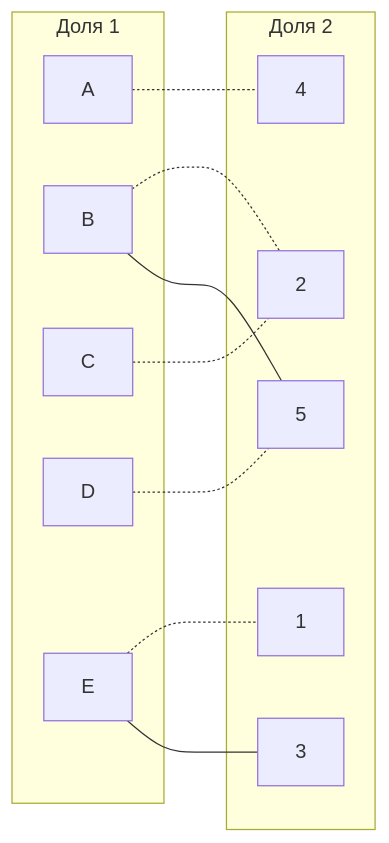
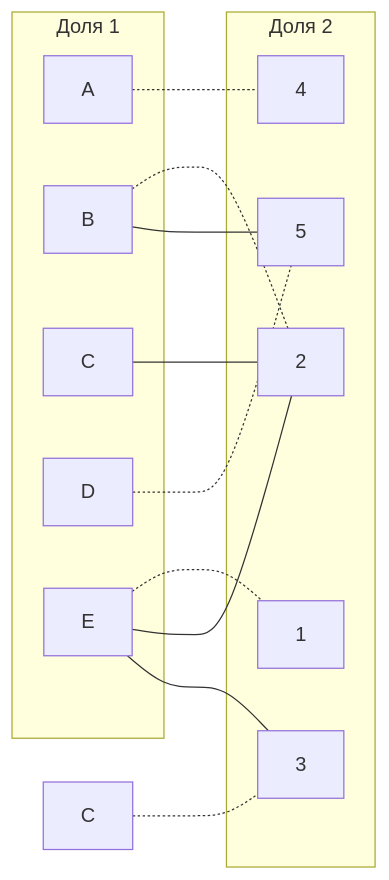
Before and after one commit to HSE-algo-23-owl/manual_tasks: the eighth of 8 diagrams in task_13/TwoPizza_task_13.md, drawn with Mermaid. The commit also changed other lines of this file, not shown here.

````diff
--- a/task_13/TwoPizza_task_13.md
+++ b/task_13/TwoPizza_task_13.md
@@ -127,24 +206,26 @@
 ```mermaid
 graph LR
     subgraph "Доля 1"
         A[A]
         B[B]
         C[C]
         D[D]
         E[E]
     end
     subgraph "Доля 2"
         1[1]
         2[2]
         3[3]
         4[4]
         5[5]
     end
     A -.- 4
     B -.- 2
     B --- 5
-    C -.- 2
+    C --- 2
+    С -.- 3
     D -.- 5
     E -.- 1
+    E --- 2
     E --- 3
 ```
````
